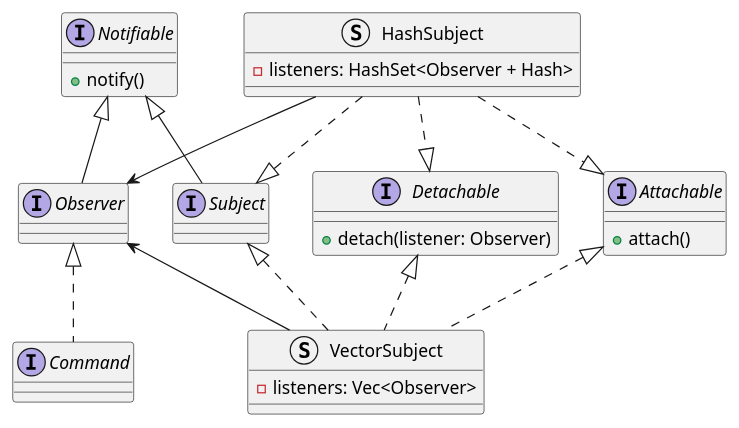
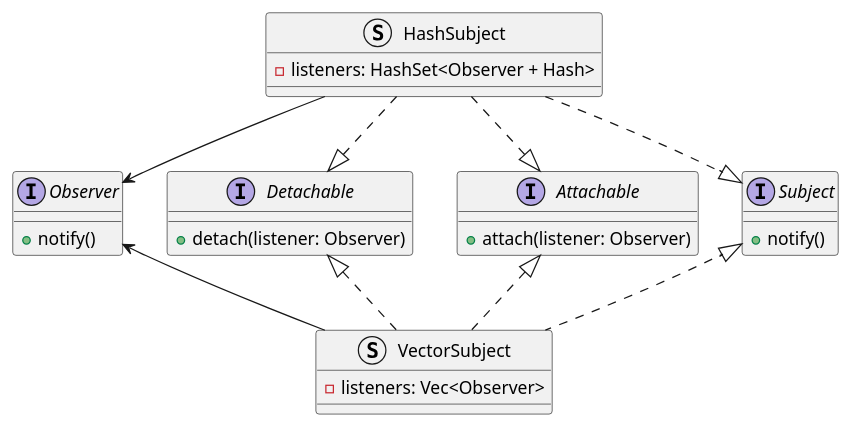
The diagram in src/observer/observer.plantuml (zwerdlds/roopes), drawn with PlantUML before and after one commit. The commit also changed 15 other files, not shown here.

```diff
--- a/src/observer/observer.plantuml
+++ b/src/observer/observer.plantuml
@@ -1,45 +1,34 @@
 @startuml "observer"
-interface "Notifiable" as notif {
+interface "Observer" as obs {
     {method} + notify()
 }
 
-interface "Observer" as obs {
-}
-obs -u-|> notif
-
 interface "Attachable" as attach {
-    {method} + attach()
+    {method} + attach(listener: Observer)
 }
 
 interface "Detachable" as detach {
     {method} + detach(listener: Observer)
 }
 
 interface "Subject" as sub {
+    {method} + notify()
 }
-sub -u-|> notif
-
-
 
 struct "VectorSubject" as vecsub {
     {field} - listeners: Vec<Observer>
 }
 vecsub .u.|> sub
 vecsub .u.|> attach
 vecsub .u.|> detach
 vecsub -u-> obs
 
 struct "HashSubject" as hshsub {
     {field} - listeners: HashSet<Observer + Hash>
 }
 hshsub .d.|> sub
 hshsub .d.|> attach
 hshsub .d.|> detach
 hshsub -d-> obs
 
-interface "Command" as cmd {
-
-}
-cmd .u.|> obs
-
 @enduml
```
